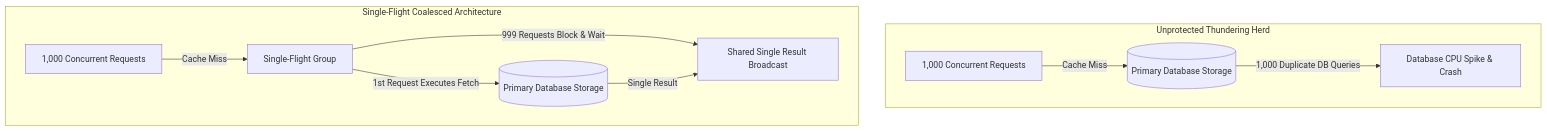
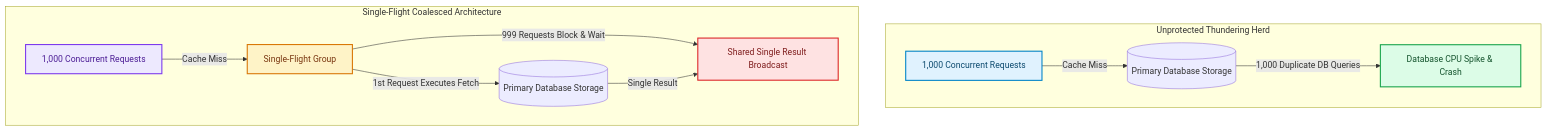
One commit to akmalkhaniub/akmalkhaniub.github.io changed the diagram in blog/posts/mitigating-cache-stampedes-probabilistic-early-expiration-single-flight.md. Above: the diagram before and after it, drawn with Mermaid. The commit also changed other lines of this file and 1291 other files, not shown here.

First line of the commit message:
feat(catalog): unique covers, scholarly references, and diagram palettes

````diff
--- a/blog/posts/mitigating-cache-stampedes-probabilistic-early-expiration-single-flight.md
+++ b/blog/posts/mitigating-cache-stampedes-probabilistic-early-expiration-single-flight.md
@@ -17,14 +17,25 @@
 ```mermaid
 flowchart TD
   subgraph SG1_UnprotectedThunderingHerd ["Unprotected Thundering Herd"]
-    A1[1,000 Concurrent Requests] -->|Cache Miss| B1[(Primary Database Storage)]
-    B1 -->|1,000 Duplicate DB Queries| C1[Database CPU Spike & Crash]
+    A1["1,000 Concurrent Requests"] -->|Cache Miss| B1[(Primary Database Storage)]
+    B1 -->|1,000 Duplicate DB Queries| C1["Database CPU Spike & Crash"]
   end
   
   subgraph SG2_SingleFlightCoalesced ["Single-Flight Coalesced Architecture"]
-    A2[1,000 Concurrent Requests] -->|Cache Miss| D[Single-Flight Group]
+    A2["1,000 Concurrent Requests"] -->|Cache Miss| D["Single-Flight Group"]
     D -->|1st Request Executes Fetch| E[(Primary Database Storage)]
-    D -->|999 Requests Block & Wait| F[Shared Single Result Broadcast]
+    D -->|999 Requests Block & Wait| F["Shared Single Result Broadcast"]
     E -->|Single Result| F
   end
+
+classDef green fill:#dcfce7,stroke:#16a34a,stroke-width:2px,color:#14532d;
+classDef red fill:#fee2e2,stroke:#dc2626,stroke-width:2px,color:#7f1d1d;
+classDef blue fill:#e0f2fe,stroke:#0284c7,stroke-width:2px,color:#0c4a6e;
+classDef yellow fill:#fef3c7,stroke:#d97706,stroke-width:2px,color:#78350f;
+classDef purple fill:#ede9fe,stroke:#7c3aed,stroke-width:2px,color:#4c1d95;
+class A1 blue
+class C1 green
+class A2 purple
+class D yellow
+class F red
 ```
````
